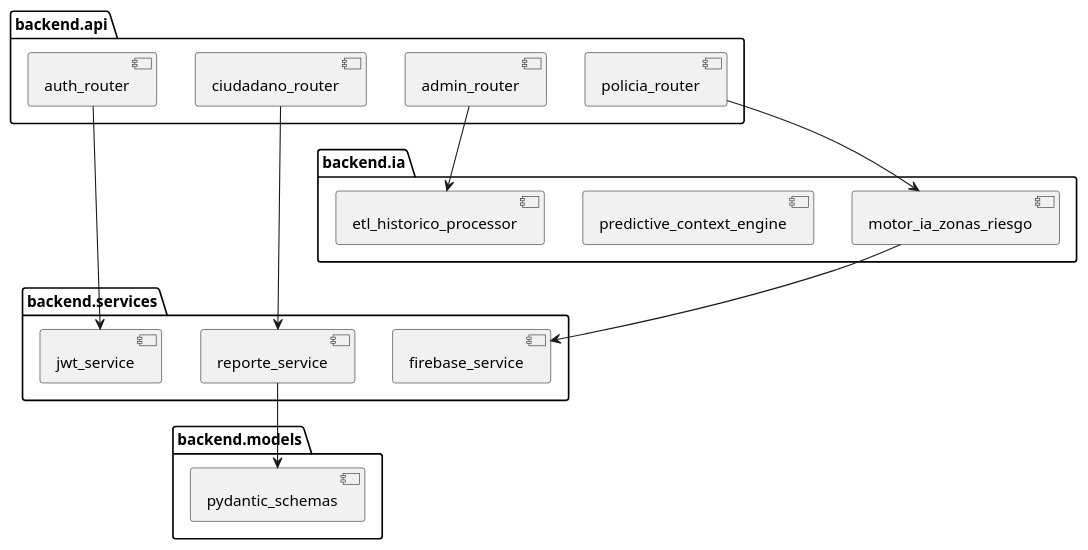
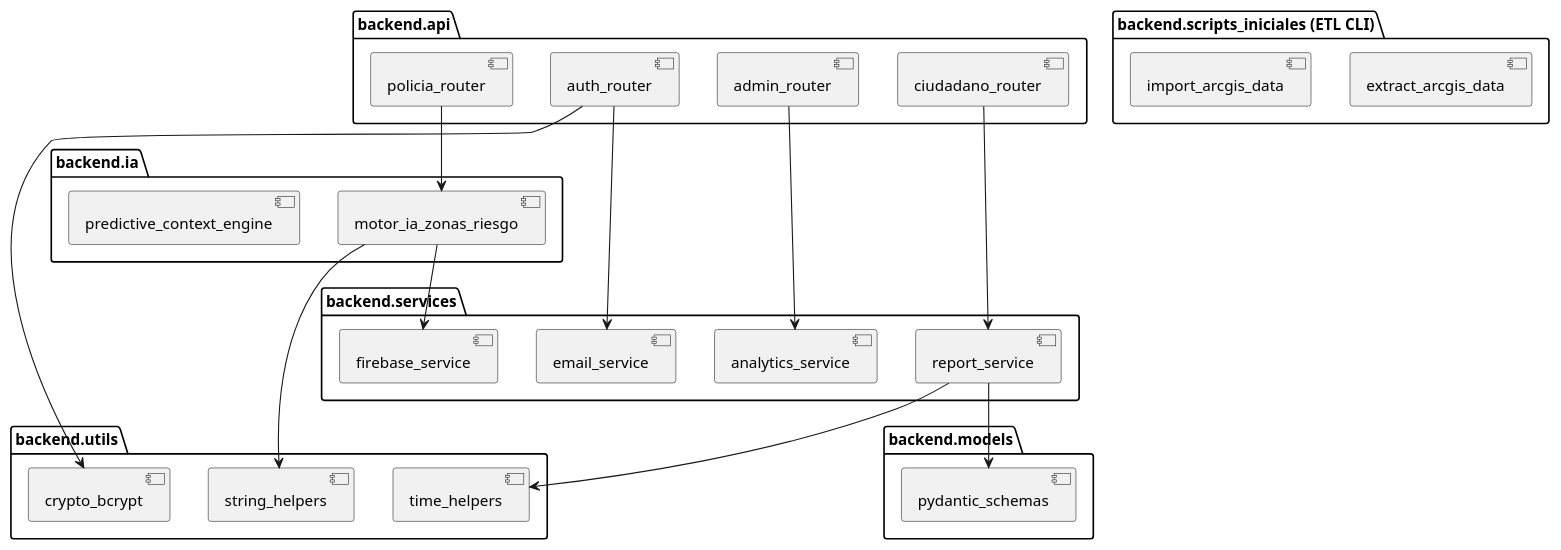
The third of 10 diagrams in docs/FD04-EPIS-Informe SAD de Proyecto.md (pieroalexanderppc/sgeo_pp), drawn with PlantUML before and after one commit. The commit also changed other lines of this file and 27 other files, not shown here.

````diff
--- a/docs/FD04-EPIS-Informe SAD de Proyecto.md
+++ b/docs/FD04-EPIS-Informe SAD de Proyecto.md
@@ -212,36 +212,50 @@
 ```plantuml
 @startuml
 skinparam shadowing false
 
 package "backend.api" {
   [auth_router]
   [ciudadano_router]
   [policia_router]
   [admin_router]
 }
 
 package "backend.services" {
-  [jwt_service]
-  [reporte_service]
+  [report_service]
+  [analytics_service]
+  [email_service]
   [firebase_service]
 }
 
 package "backend.ia" {
   [motor_ia_zonas_riesgo]
   [predictive_context_engine]
-  [etl_historico_processor]
+}
+
+package "backend.utils" {
+  [crypto_bcrypt]
+  [time_helpers]
+  [string_helpers]
 }
 
 package "backend.models" {
   [pydantic_schemas]
 }
 
-[auth_router] --> [jwt_service]
-[ciudadano_router] --> [reporte_service]
+package "backend.scripts_iniciales (ETL CLI)" {
+  [extract_arcgis_data]
+  [import_arcgis_data]
+}
+
+[auth_router] --> [crypto_bcrypt]
+[auth_router] --> [email_service]
+[ciudadano_router] --> [report_service]
 [policia_router] --> [motor_ia_zonas_riesgo]
-[admin_router] --> [etl_historico_processor]
+[admin_router] --> [analytics_service]
 
-[reporte_service] --> [pydantic_schemas]
+[report_service] --> [pydantic_schemas]
+[report_service] --> [time_helpers]
 [motor_ia_zonas_riesgo] --> [firebase_service]
+[motor_ia_zonas_riesgo] --> [string_helpers]
 @enduml
 ```
````
